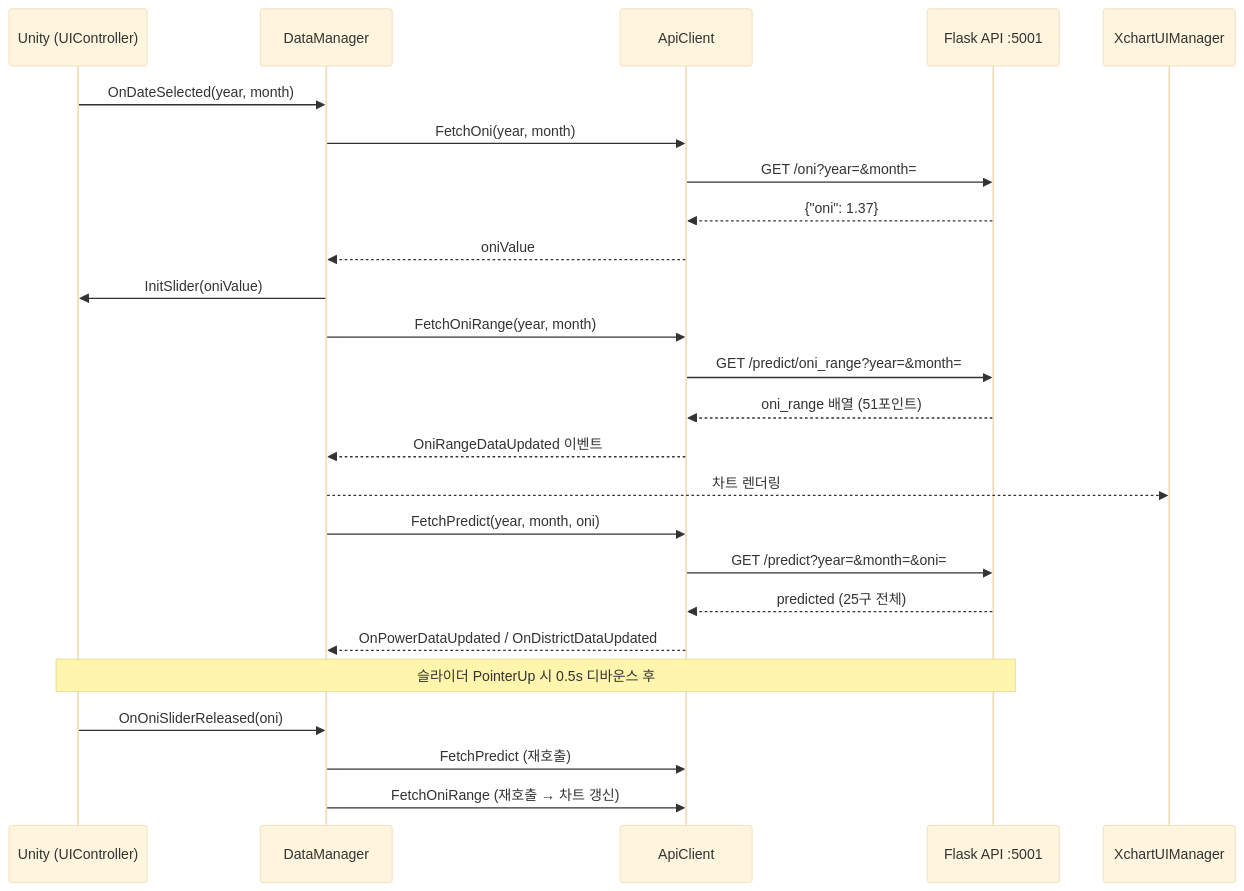
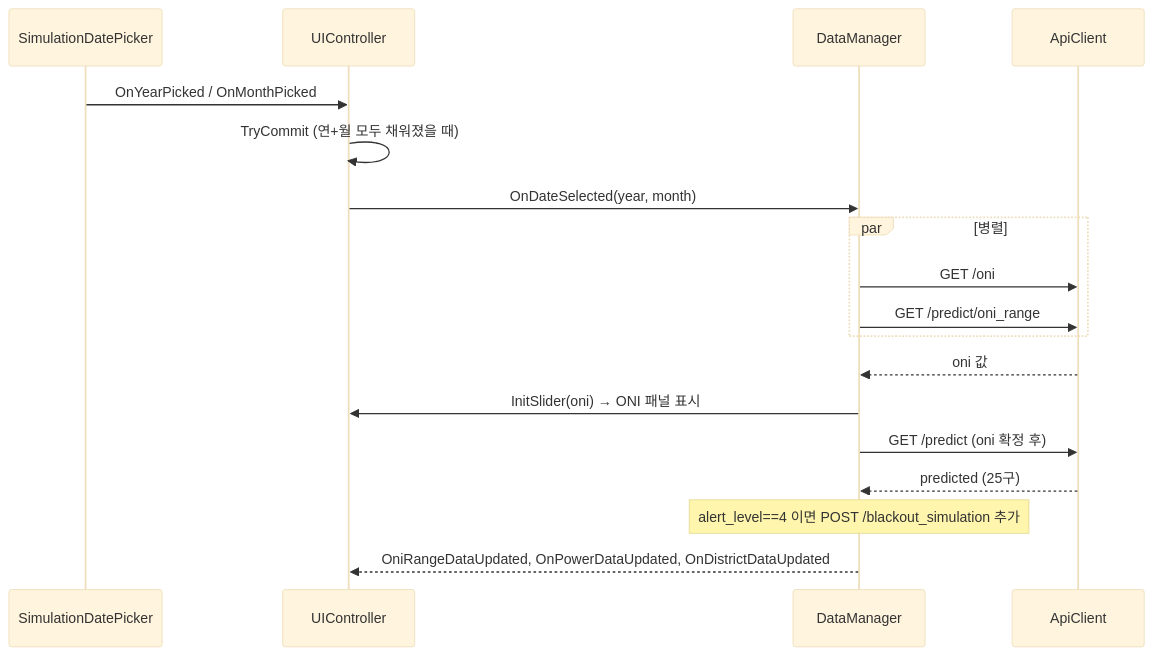
The fourth of 4 diagrams in README.md (JINA1003/SmartCity), drawn with Mermaid (base theme) before and after one commit. The commit also changed other lines of this file, not shown here.

Commit message:
chore:리드미 수정_이벤트 위주

````diff
--- a/README.md
+++ b/README.md
@@ -82,30 +186,25 @@
 ```mermaid
 sequenceDiagram
-    participant U as Unity (UIController)
+    participant P as SimulationDatePicker
+    participant U as UIController
     participant D as DataManager
     participant A as ApiClient
-    participant F as Flask API :5001
 
+    P->>U: OnYearPicked / OnMonthPicked
+    U->>U: TryCommit (연+월 모두 채워졌을 때)
     U->>D: OnDateSelected(year, month)
-    D->>A: FetchOni(year, month)
-    A->>F: GET /oni?year=&month=
-    F-->>A: {"oni": 1.37}
-    A-->>D: oniValue
-    D->>U: InitSlider(oniValue)
 
-    D->>A: FetchOniRange(year, month)
-    A->>F: GET /predict/oni_range?year=&month=
-    F-->>A: oni_range 배열 (51포인트)
-    A-->>D: OniRangeDataUpdated 이벤트
-    D-->>XchartUIManager: 차트 렌더링
+    par 병렬
+        D->>A: GET /oni
+        D->>A: GET /predict/oni_range
+    end
 
-    D->>A: FetchPredict(year, month, oni)
-    A->>F: GET /predict?year=&month=&oni=
-    F-->>A: predicted (25구 전체)
-    A-->>D: OnPowerDataUpdated / OnDistrictDataUpdated
+    A-->>D: oni 값
+    D->>U: InitSlider(oni) → ONI 패널 표시
 
-    Note over U,F: 슬라이더 PointerUp 시 0.5s 디바운스 후
-    U->>D: OnOniSliderReleased(oni)
-    D->>A: FetchPredict (재호출)
-    D->>A: FetchOniRange (재호출 → 차트 갱신)
+    D->>A: GET /predict (oni 확정 후)
+    A-->>D: predicted (25구)
+    Note over D: alert_level==4 이면 POST /blackout_simulation 추가
+
+    D-->>U: OniRangeDataUpdated, OnPowerDataUpdated, OnDistrictDataUpdated
 ```
````
